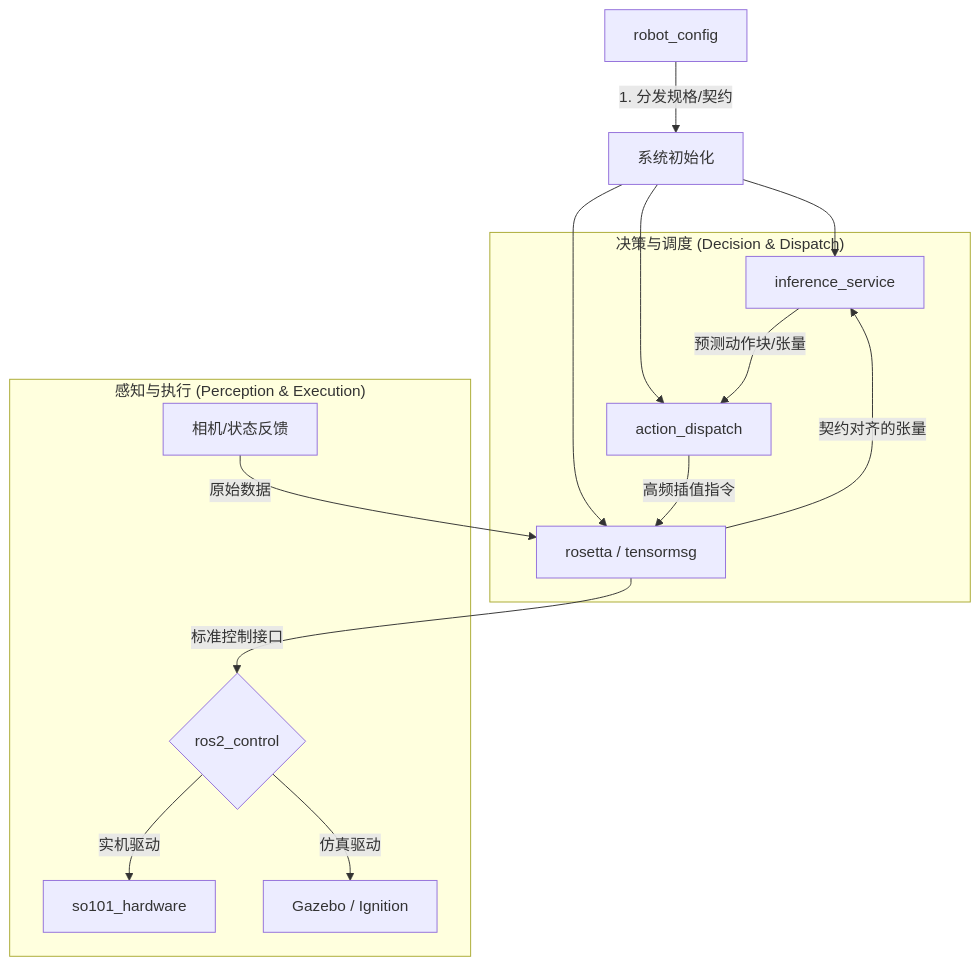
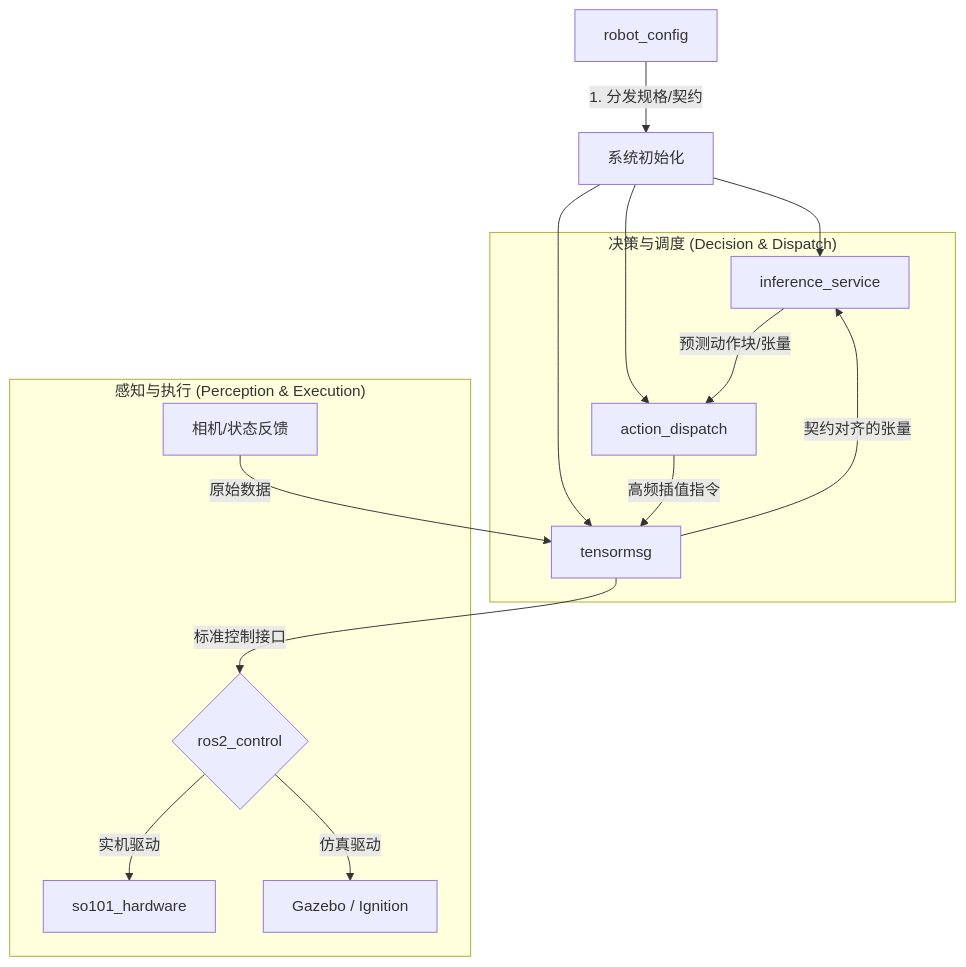
One commit to wuxiaoqiang12/IB_Robot changed the diagram in src/README.md. Above: the diagram before and after it, drawn with Mermaid. The commit also changed other lines of this file and 16 other files, not shown here.

First line of the commit message:
docs: sync architecture and rename legacy control modes

````diff
--- a/src/README.md
+++ b/src/README.md
@@ -20,25 +20,25 @@
 ```mermaid
 graph TD
     %% 配置中心
     Config[robot_config] -- 1. 分发规格/契约 --> Init[系统初始化]
     
     %% 执行层
     Init --> InfSrv[inference_service]
     Init --> Dispatch[action_dispatch]
-    Init --> Bridge[rosetta / tensormsg]
+    Init --> Bridge[tensormsg]
     
     %% 数据闭环
     subgraph "决策与调度 (Decision & Dispatch)"
         InfSrv -- 预测动作块/张量 --> Dispatch
         Dispatch -- 高频插值指令 --> Bridge
     end
     
     subgraph "感知与执行 (Perception & Execution)"
         Bridge -- 标准控制接口 --> Hardware{ros2_control}
         Hardware -- 实机驱动 --> Real[so101_hardware]
         Hardware -- 仿真驱动 --> Sim[Gazebo / Ignition]
         Sensor[相机/状态反馈] -- 原始数据 --> Bridge
     end
     
     Bridge -- 契约对齐的张量 --> InfSrv
 ```
````
